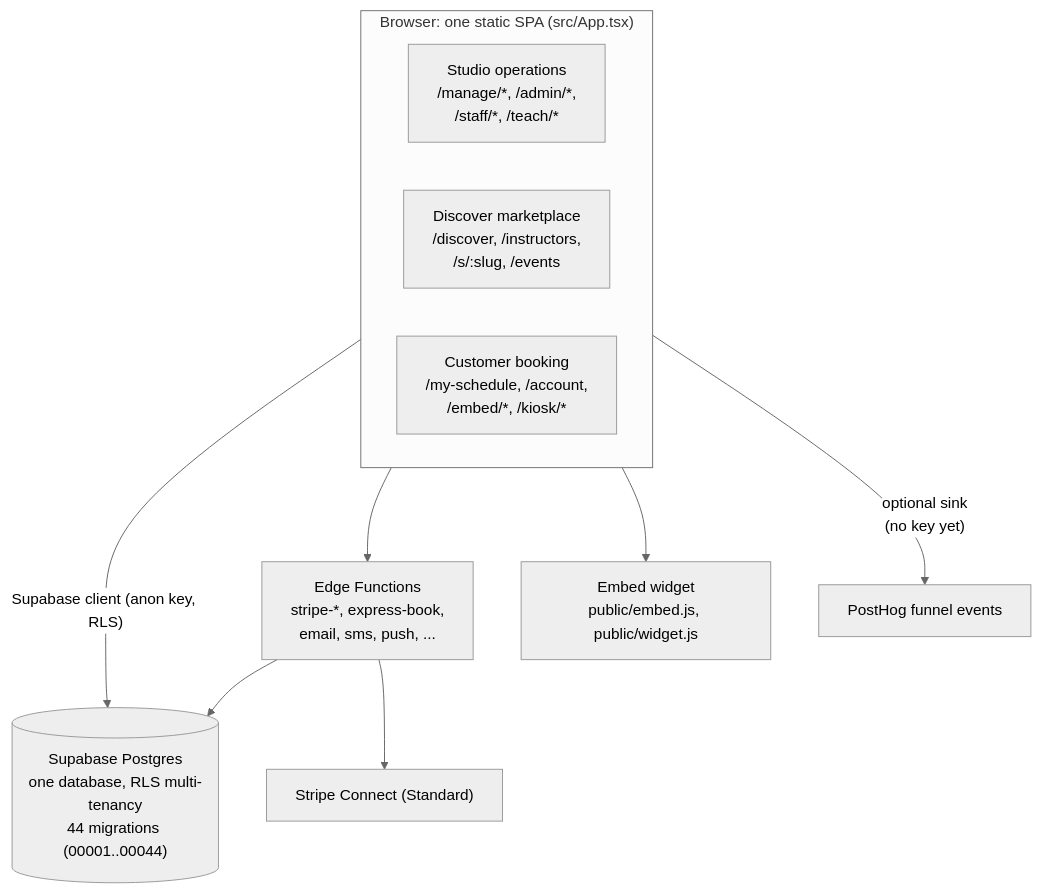
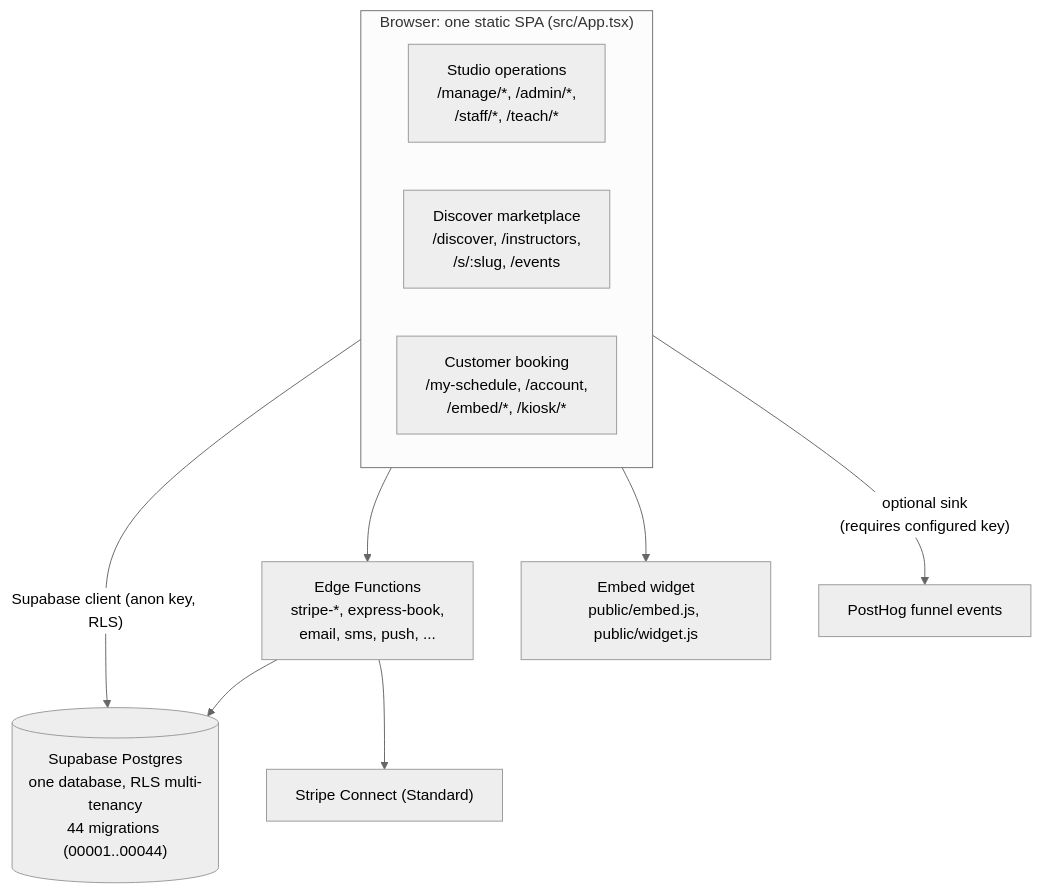
One commit to TaylorONeal/tandava changed the diagram in README.md. Above: the diagram before and after it, drawn with Mermaid (neutral theme). The commit also changed other lines of this file and 3 other files, not shown here.

Commit message:
docs: correct recovery coverage and runtime architecture claims

````diff
--- a/README.md
+++ b/README.md
@@ -78,14 +78,14 @@
 ```mermaid
 graph TB
     subgraph SPA["Browser: one static SPA (src/App.tsx)"]
         M["Studio operations<br/>/manage/*, /admin/*,<br/>/staff/*, /teach/*"]
         D["Discover marketplace<br/>/discover, /instructors,<br/>/s/:slug, /events"]
         C["Customer booking<br/>/my-schedule, /account,<br/>/embed/*, /kiosk/*"]
     end
     SPA -->|"Supabase client (anon key, RLS)"| DB[("Supabase Postgres<br/>one database, RLS multi-tenancy<br/>44 migrations (00001..00044)")]
     SPA --> EF["Edge Functions<br/>stripe-*, express-book,<br/>email, sms, push, ..."]
     EF --> DB
     EF --> Stripe["Stripe Connect (Standard)"]
     SPA --> Widget["Embed widget<br/>public/embed.js, public/widget.js"]
-    SPA -->|"optional sink<br/>(no key yet)"| PH["PostHog funnel events"]
+    SPA -->|"optional sink<br/>(requires configured key)"| PH["PostHog funnel events"]
 ```
````
